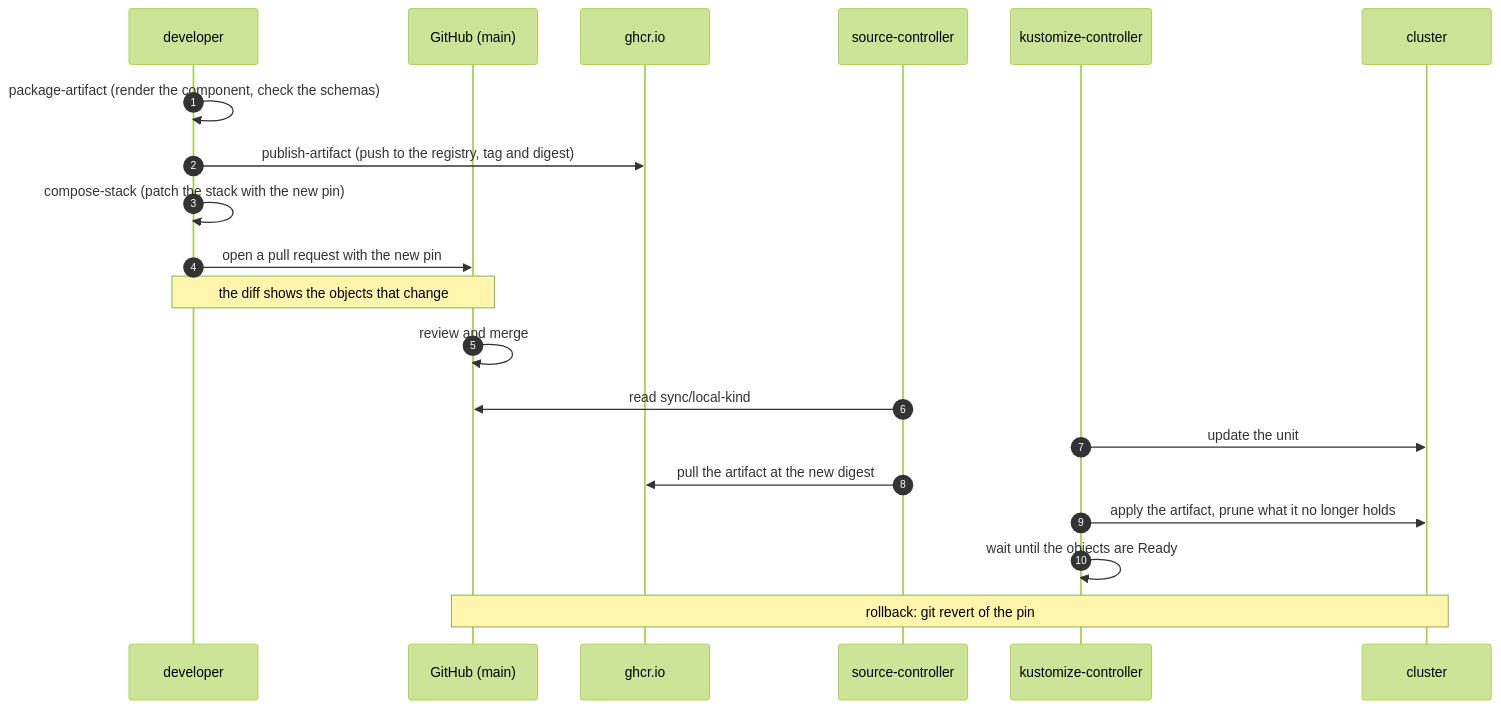
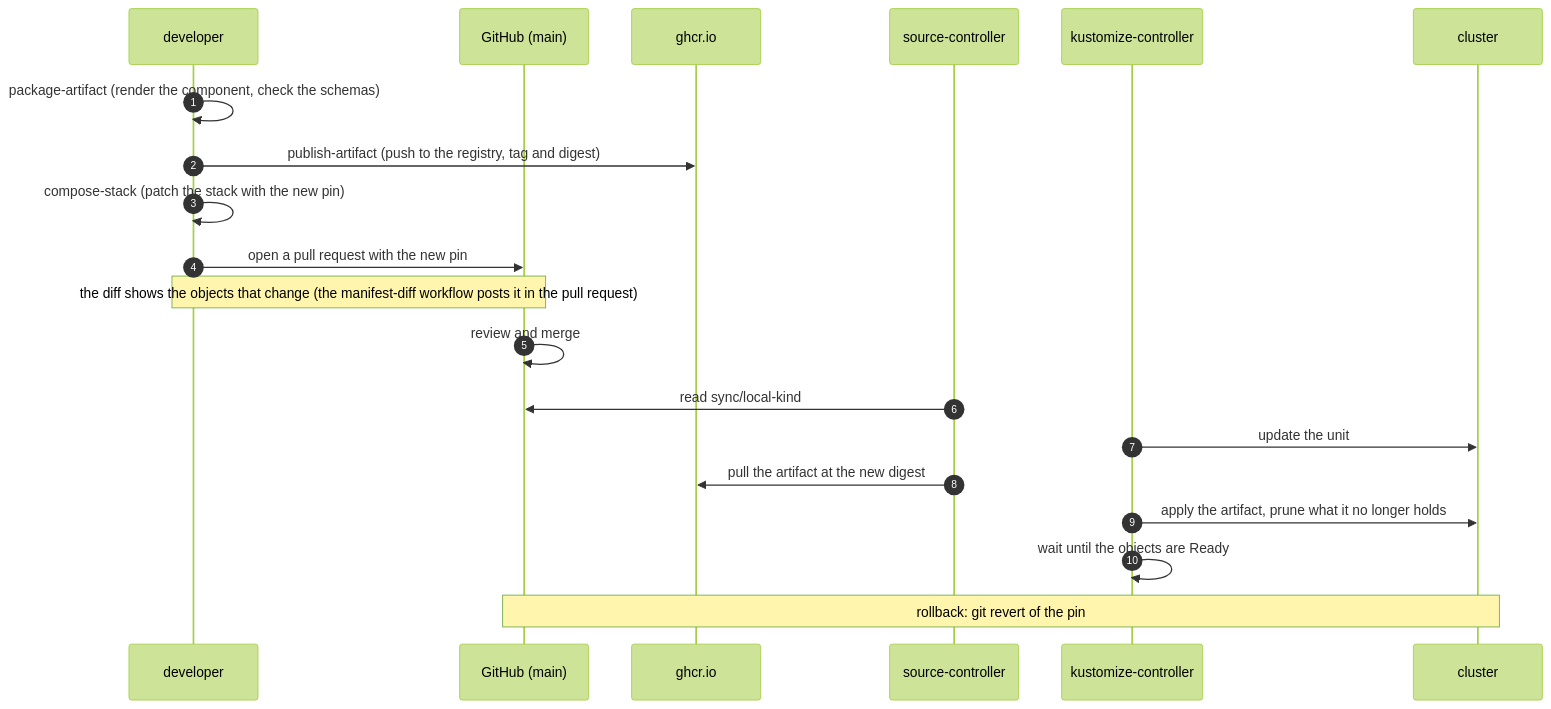
Before and after one commit to raghav19/engineersdaybook: the second of 4 diagrams in code/mcp-sandbox/part-3-mcp-guardrails/docs/orchestration.md, drawn with Mermaid (forest theme). The commit also changed 5 other files, not shown here.

First line of the commit message:
Post the rendered manifest diff in PRs

````diff
--- a/code/mcp-sandbox/part-3-mcp-guardrails/docs/orchestration.md
+++ b/code/mcp-sandbox/part-3-mcp-guardrails/docs/orchestration.md
@@ -67,23 +67,23 @@
 ```mermaid
 sequenceDiagram
     autonumber
     participant D as developer
     participant G as GitHub (main)
     participant R as ghcr.io
     participant S as source-controller
     participant C as kustomize-controller
     participant K as cluster
 
     D->>D: package-artifact (render the component, check the schemas)
     D->>R: publish-artifact (push to the registry, tag and digest)
     D->>D: compose-stack (patch the stack with the new pin)
     D->>G: open a pull request with the new pin
-    Note over D,G: the diff shows the objects that change
+    Note over D,G: the diff shows the objects that change (the manifest-diff workflow posts it in the pull request)
     G->>G: review and merge
     S->>G: read sync/local-kind
     C->>K: update the unit
     S->>R: pull the artifact at the new digest
     C->>K: apply the artifact, prune what it no longer holds
     C->>C: wait until the objects are Ready
     Note over G,K: rollback: git revert of the pin
 ```
````
